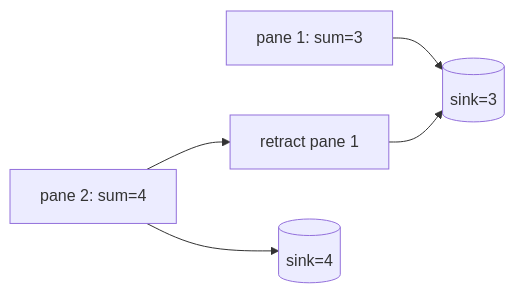
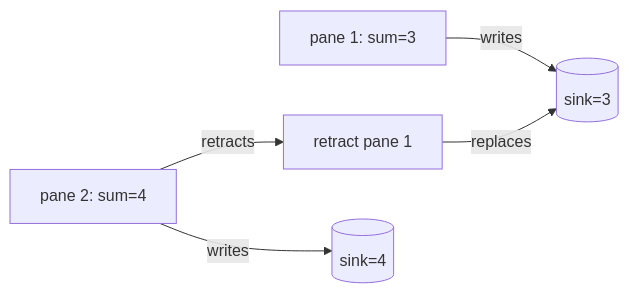
The tenth of 19 diagrams in docs/ch02-the-what-where-when-and-how-of-data-processing.md (vinayakuber/streaming-systems-study-guide), drawn with Mermaid before and after one commit. The commit also changed other lines of this file and 22 other files, not shown here.

First line of the commit message:
R18: label every diagram arrow with its meaning

````diff
--- a/docs/ch02-the-what-where-when-and-how-of-data-processing.md
+++ b/docs/ch02-the-what-where-when-and-how-of-data-processing.md
@@ -255,7 +255,7 @@
 ```mermaid
 flowchart LR
-  P1["pane 1: sum=3"] --> S[(sink=3)]
-  P2["pane 2: sum=4"] --> R["retract pane 1"]
-  R --> S
-  P2 --> S2[(sink=4)]
+  P1["pane 1: sum=3"] -->|"writes"| S[(sink=3)]
+  P2["pane 2: sum=4"] -->|"retracts"| R["retract pane 1"]
+  R -->|"replaces"| S
+  P2 -->|"writes"| S2[(sink=4)]
 ```
````
